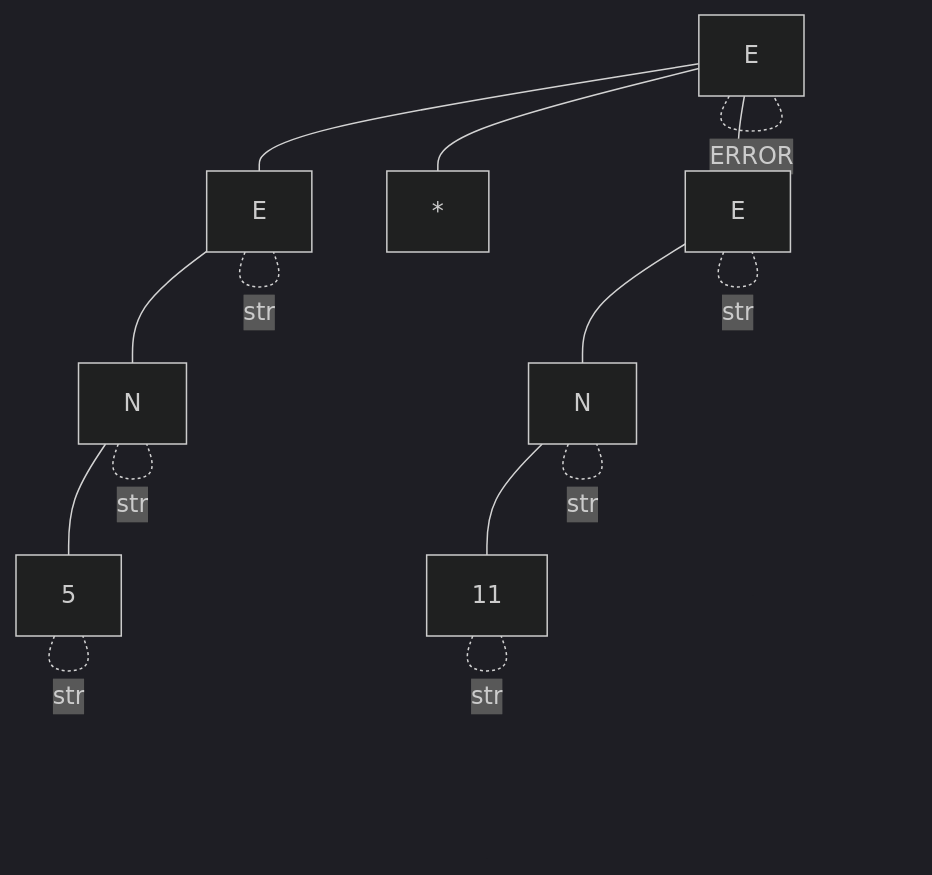
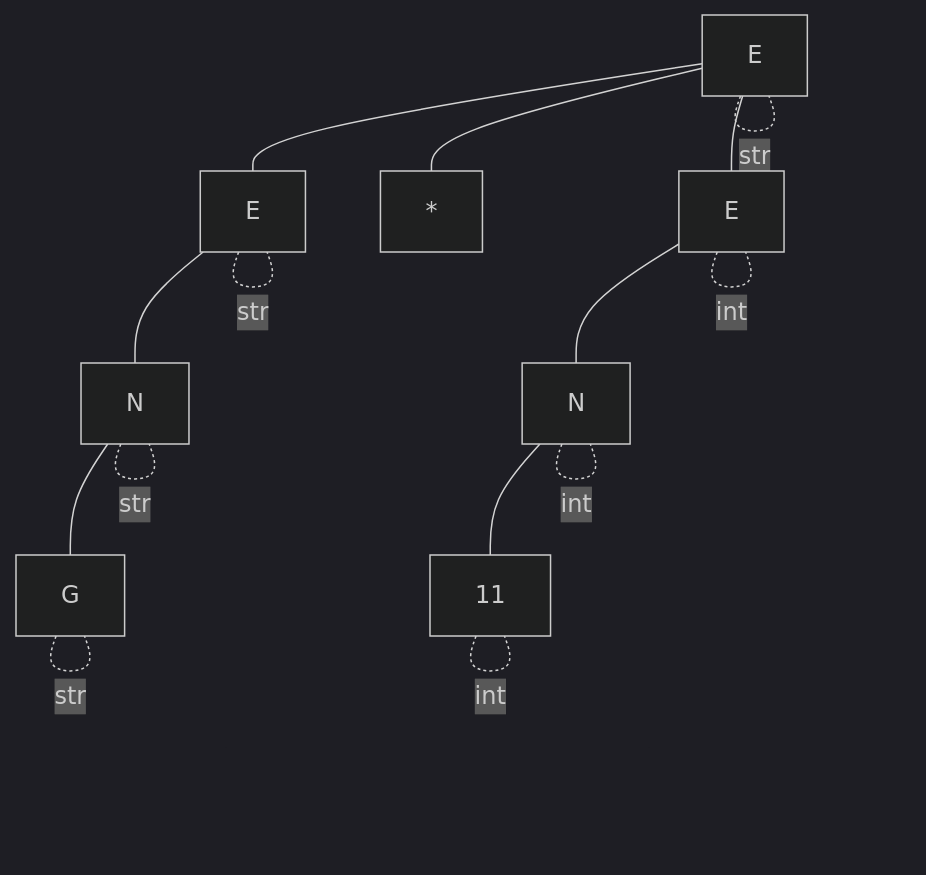
One commit to UVG-Teams/uvg-compiladores changed diagram 11 of 18 in Lab1/SistemaTipos.md. Above: the diagram before and after it, drawn with Mermaid (dark theme). The commit also changed other lines of this file and 4 other files, not shown here.

````diff
--- a/Lab1/SistemaTipos.md
+++ b/Lab1/SistemaTipos.md
@@ -278,18 +287,18 @@
 ```mermaid
   graph TD;
       A[E] --- B[E];
       A --- H[*]
       A --- C[E];
       B --- D[N];
       C --- E[N];
-      D --- F[5];
+      D --- F[G];
       E --- G[11];
       
-      A -.-|ERROR| A;
+      A -.-|str| A;
       B -.-|str| B;
-      C -.-|str| C;
+      C -.-|int| C;
       D -.-|str| D;
-      E -.-|str| E;
+      E -.-|int| E;
       F -.-|str| F;
-      G -.-|str| G;
+      G -.-|int| G;
 ```
````
